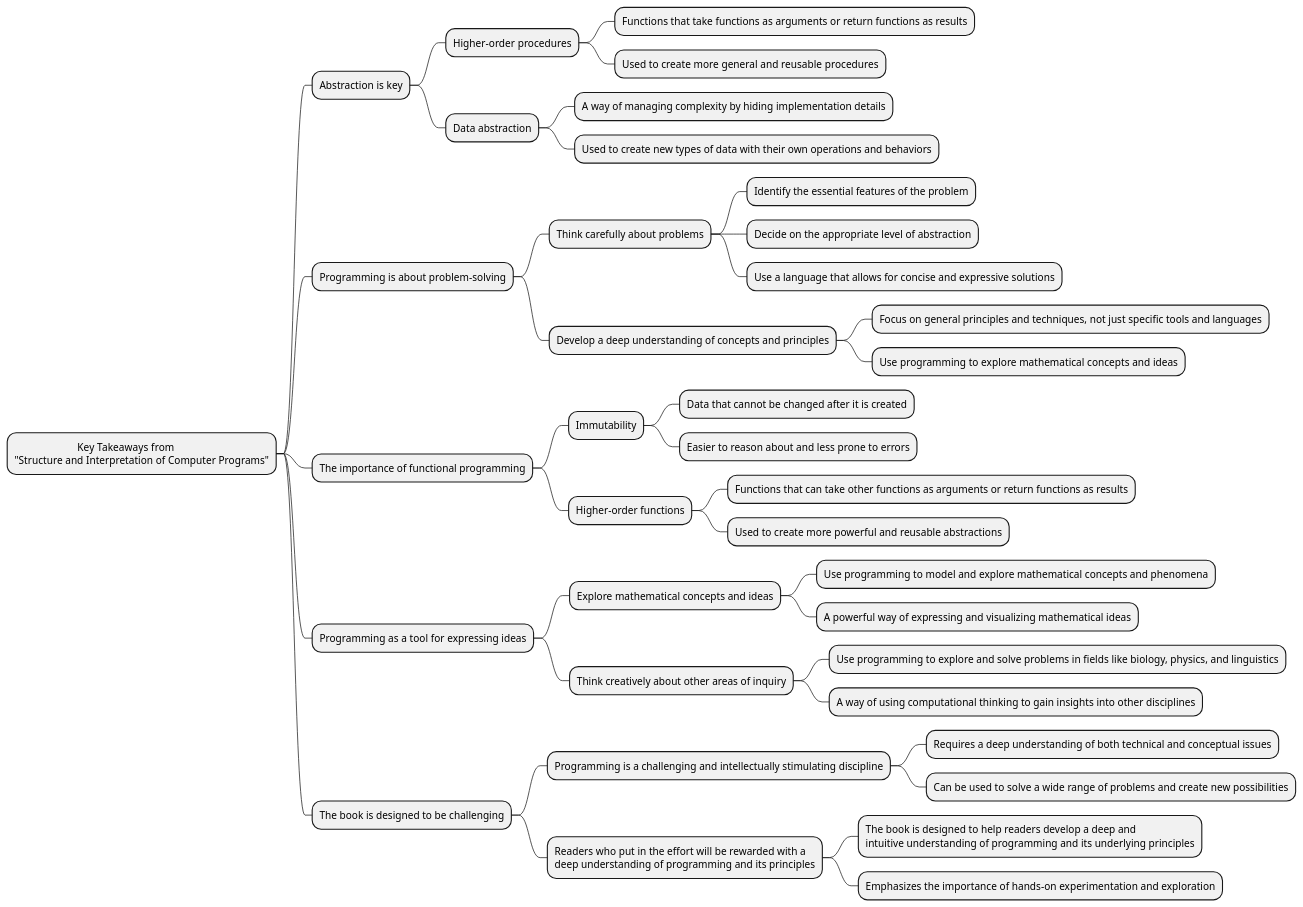
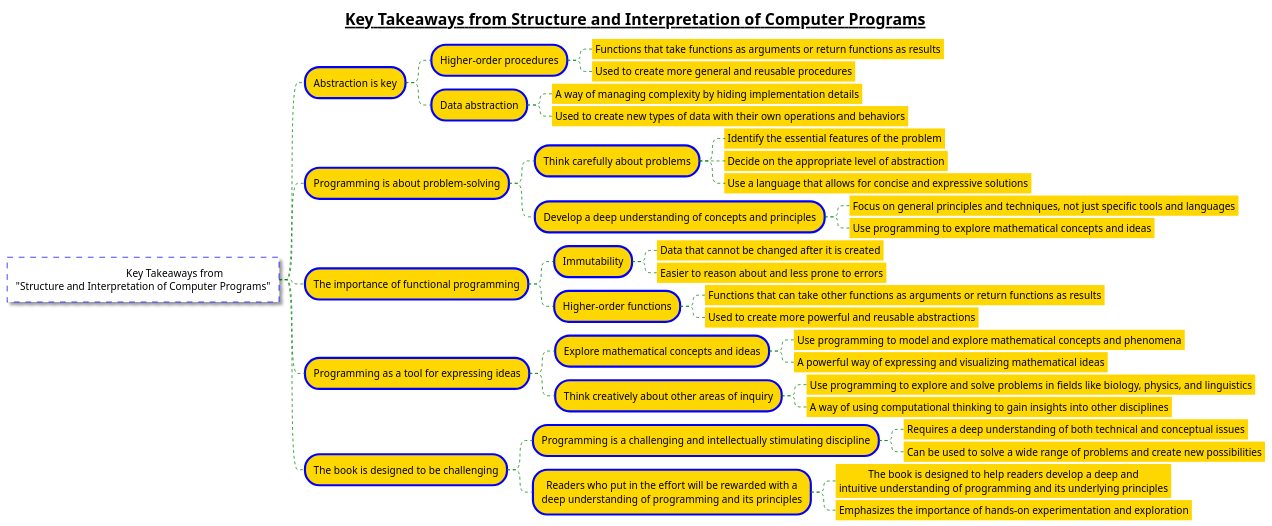
One commit to MehmoodHashmi/Documentation-as-Code-DaC changed the diagram in docs/books/1-books-backlog/recommended by uncle bob/Structure-and-Interpretation-of-Computer-Programs.puml. Above: the diagram before and after it, drawn with PlantUML. The commit also changed 14 other files, not shown here.

```diff
--- a/docs/books/1-books-backlog/recommended by uncle bob/Structure-and-Interpretation-of-Computer-Programs.puml
+++ b/docs/books/1-books-backlog/recommended by uncle bob/Structure-and-Interpretation-of-Computer-Programs.puml
@@ -1,39 +1,75 @@
 @startmindmap
+<style>
+node {
+    Padding 12
+    Margin 3
+    HorizontalAlignment center
+    LineColor blue
+    LineThickness 3.0
+    BackgroundColor gold
+    RoundCorner 40
+    MaximumWidth 1000
+}
+
+rootNode {
+    LineStyle 8.0;3.0
+    LineColor red
+    BackgroundColor white
+    LineThickness 1.0
+    RoundCorner 0
+    Shadowing 1.0
+}
+
+leafNode {
+    LineColor gold
+    RoundCorner 0
+    Padding 3
+}
+
+arrow {
+    LineStyle 4
+    LineThickness 1.0
+    LineColor green
+}
+</style>
+
+title =__Key Takeaways from Structure and Interpretation of Computer Programs__
+
 * \t\t\tKey Takeaways from \n"Structure and Interpretation of Computer Programs"
 ** Abstraction is key
 *** Higher-order procedures
 **** Functions that take functions as arguments or return functions as results
 **** Used to create more general and reusable procedures
 *** Data abstraction
 **** A way of managing complexity by hiding implementation details
 **** Used to create new types of data with their own operations and behaviors
 ** Programming is about problem-solving
 *** Think carefully about problems
 **** Identify the essential features of the problem
 **** Decide on the appropriate level of abstraction
 **** Use a language that allows for concise and expressive solutions
 *** Develop a deep understanding of concepts and principles
 **** Focus on general principles and techniques, not just specific tools and languages
 **** Use programming to explore mathematical concepts and ideas
 ** The importance of functional programming
 *** Immutability
 **** Data that cannot be changed after it is created
 **** Easier to reason about and less prone to errors
 *** Higher-order functions
 **** Functions that can take other functions as arguments or return functions as results
 **** Used to create more powerful and reusable abstractions
 ** Programming as a tool for expressing ideas
 *** Explore mathematical concepts and ideas
 **** Use programming to model and explore mathematical concepts and phenomena
 **** A powerful way of expressing and visualizing mathematical ideas
 *** Think creatively about other areas of inquiry
 **** Use programming to explore and solve problems in fields like biology, physics, and linguistics
 **** A way of using computational thinking to gain insights into other disciplines
 ** The book is designed to be challenging
 *** Programming is a challenging and intellectually stimulating discipline
 **** Requires a deep understanding of both technical and conceptual issues
 **** Can be used to solve a wide range of problems and create new possibilities
 *** Readers who put in the effort will be rewarded with a \ndeep understanding of programming and its principles
 **** The book is designed to help readers develop a deep and \nintuitive understanding of programming and its underlying principles
 **** Emphasizes the importance of hands-on experimentation and exploration
 @endmindmap
```
